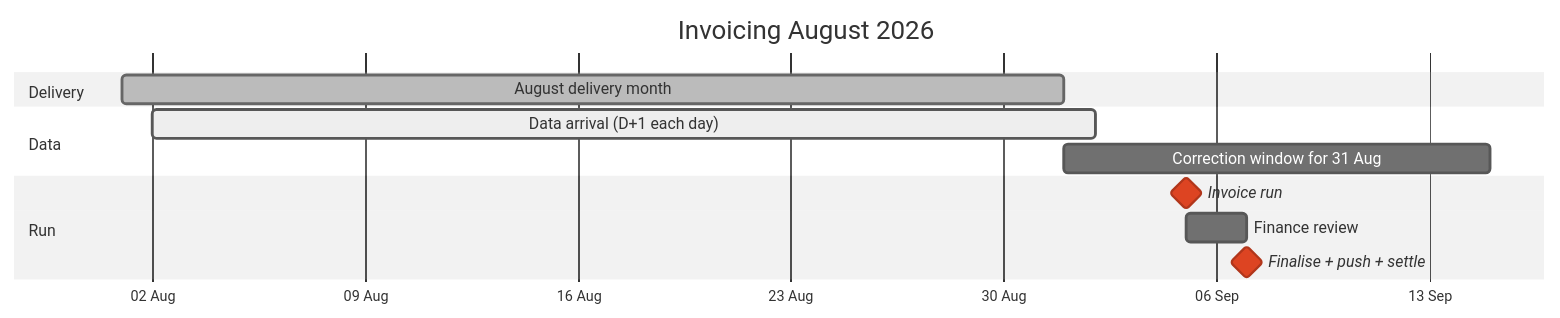
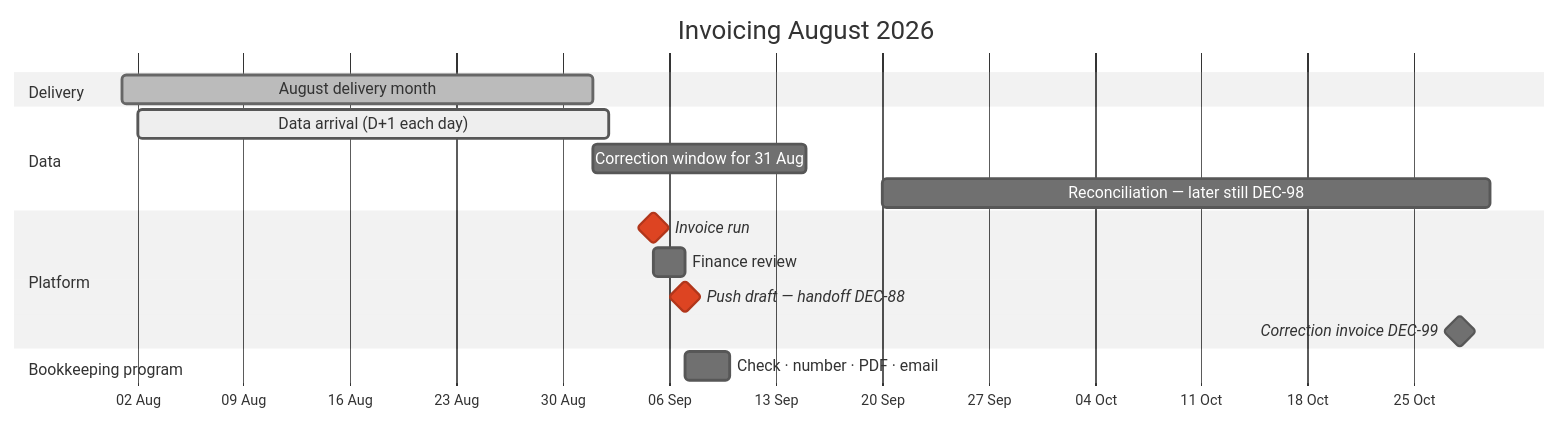
One commit to lukastosic-ifd/peakpowerspecs changed the first of 4 diagrams in specs/40-processes/04-monthly-invoicing.md. Above: the diagram before and after it, drawn with Mermaid (neutral theme). The commit also changed other lines of this file and 66 other files, not shown here.

````diff
--- a/specs/40-processes/04-monthly-invoicing.md
+++ b/specs/40-processes/04-monthly-invoicing.md
@@ -10,18 +29,23 @@
 ```mermaid
 gantt
     title Invoicing August 2026
     dateFormat YYYY-MM-DD
     axisFormat %d %b
 
     section Delivery
     August delivery month        :done, 2026-08-01, 31d
 
     section Data
     Data arrival (D+1 each day)  :active, 2026-08-02, 31d
     Correction window for 31 Aug :2026-09-01, 14d
+    Reconciliation — later still DEC-98 :2026-09-20, 40d
 
-    section Run
+    section Platform
     Invoice run                  :crit, milestone, 2026-09-05, 0d
     Finance review               :2026-09-05, 2d
-    Finalise + push + settle     :crit, milestone, 2026-09-07, 0d
+    Push draft — handoff DEC-88  :crit, milestone, 2026-09-07, 0d
+    Correction invoice DEC-99    :milestone, 2026-10-28, 0d
+
+    section Bookkeeping program
+    Check · number · PDF · email :2026-09-07, 3d
 ```
````
